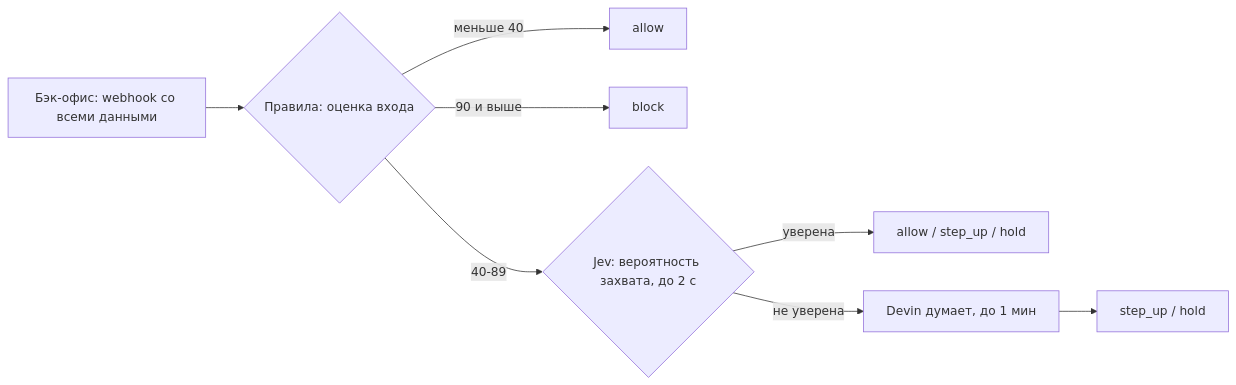
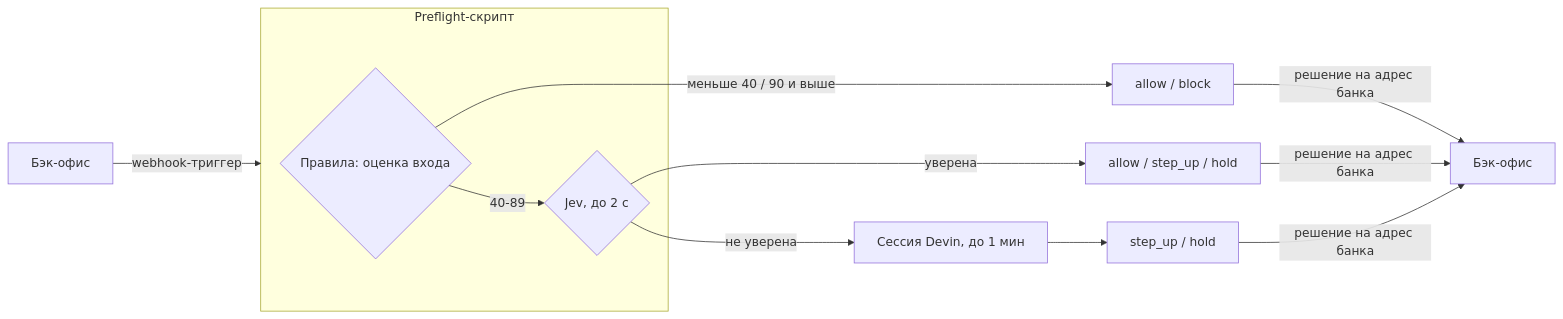
One commit to hackaton201126/nightwatch changed the diagram in docs/plan.md. Above: the diagram before and after it, drawn with Mermaid. The commit also changed other lines of this file, not shown here.

Commit message:
docs: put the rules and Jev in the preflight check, Devin in the session

````diff
--- a/docs/plan.md
+++ b/docs/plan.md
@@ -15,10 +15,12 @@
 ```mermaid
 flowchart LR
-  bank[Бэк-офис: webhook со всеми данными] --> rules{Правила: оценка входа}
-  rules -->|меньше 40| allow[allow]
-  rules -->|90 и выше| block[block]
-  rules -->|40-89| jev{Jev: вероятность захвата, до 2 с}
+  bank[Бэк-офис] -->|webhook-триггер| pre
+  subgraph pre[Preflight-скрипт]
+    rules{Правила: оценка входа} -->|40-89| jev{Jev, до 2 с}
+  end
+  rules -->|меньше 40 / 90 и выше| d0[allow / block]
   jev -->|уверена| d1[allow / step_up / hold]
-  jev -->|не уверена| devin[Devin думает, до 1 мин]
+  jev -->|не уверена| devin[Сессия Devin, до 1 мин]
   devin --> d2[step_up / hold]
+  d0 & d1 & d2 -->|решение на адрес банка| out[Бэк-офис]
 ```
````
